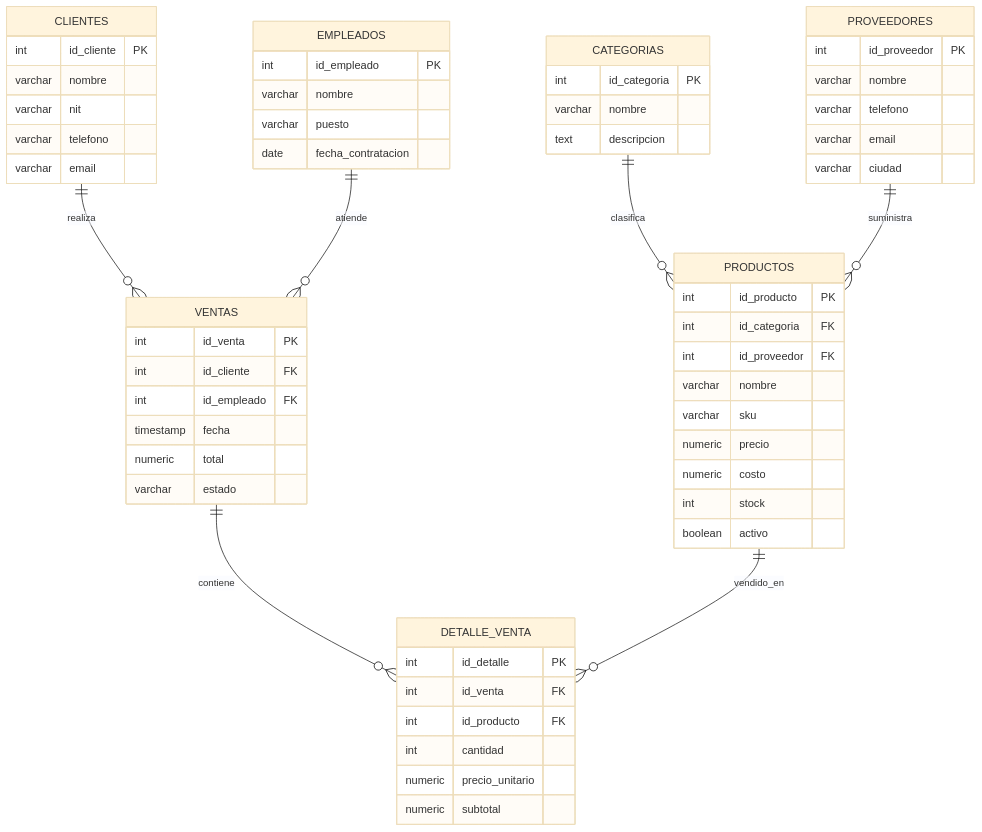
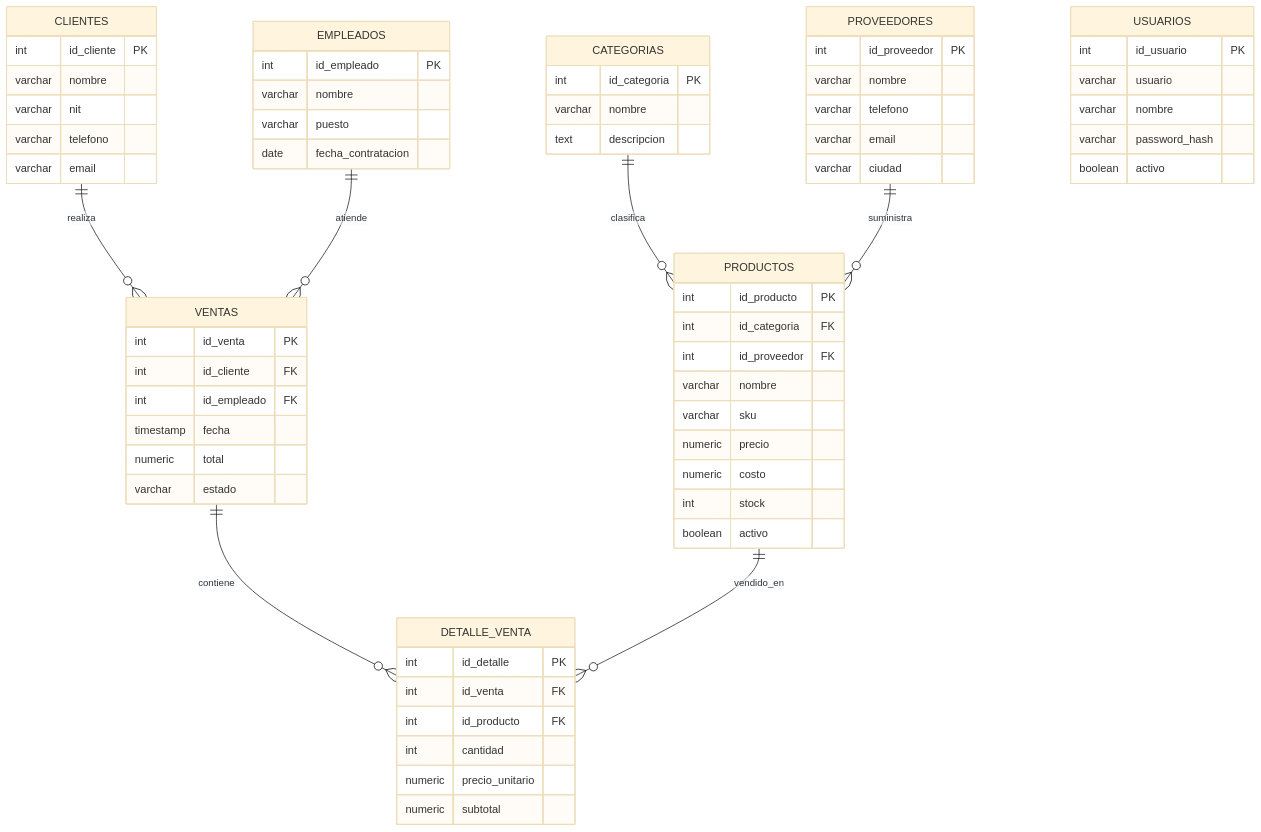
The diagram in docs/diseno_base_datos.md (Guallitoprogra/Proyecto-2--BD), drawn with Mermaid (base theme) before and after one commit. The commit also changed other lines of this file and 7 other files, not shown here.

````diff
--- a/docs/diseno_base_datos.md
+++ b/docs/diseno_base_datos.md
@@ -5,68 +5,76 @@
 ```mermaid
 erDiagram
     CATEGORIAS ||--o{ PRODUCTOS : clasifica
     PROVEEDORES ||--o{ PRODUCTOS : suministra
     CLIENTES ||--o{ VENTAS : realiza
     EMPLEADOS ||--o{ VENTAS : atiende
     VENTAS ||--o{ DETALLE_VENTA : contiene
     PRODUCTOS ||--o{ DETALLE_VENTA : vendido_en
 
     CATEGORIAS {
         int id_categoria PK
         varchar nombre
         text descripcion
     }
 
     PROVEEDORES {
         int id_proveedor PK
         varchar nombre
         varchar telefono
         varchar email
         varchar ciudad
     }
 
     CLIENTES {
         int id_cliente PK
         varchar nombre
         varchar nit
         varchar telefono
         varchar email
     }
 
     EMPLEADOS {
         int id_empleado PK
         varchar nombre
         varchar puesto
         date fecha_contratacion
     }
 
+    USUARIOS {
+        int id_usuario PK
+        varchar usuario
+        varchar nombre
+        varchar password_hash
+        boolean activo
+    }
+
     PRODUCTOS {
         int id_producto PK
         int id_categoria FK
         int id_proveedor FK
         varchar nombre
         varchar sku
         numeric precio
         numeric costo
         int stock
         boolean activo
     }
 
     VENTAS {
         int id_venta PK
         int id_cliente FK
         int id_empleado FK
         timestamp fecha
         numeric total
         varchar estado
     }
 
     DETALLE_VENTA {
         int id_detalle PK
         int id_venta FK
         int id_producto FK
         int cantidad
         numeric precio_unitario
         numeric subtotal
     }
 ```
````
